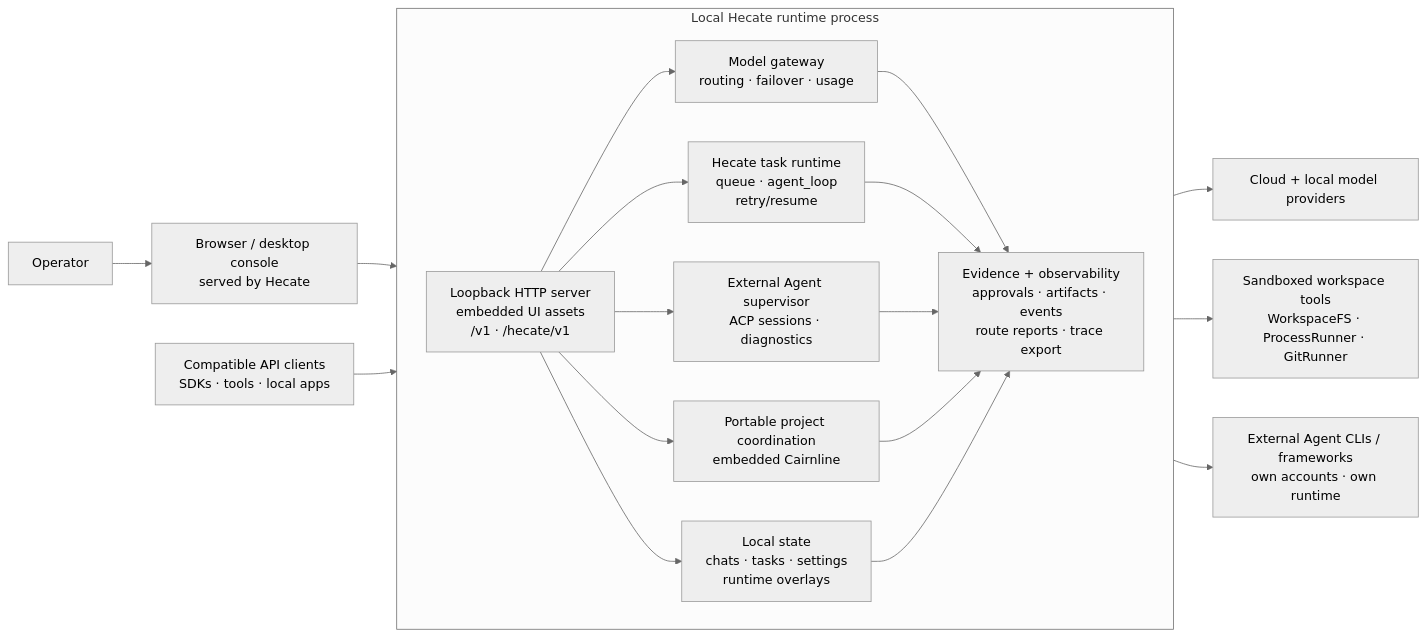
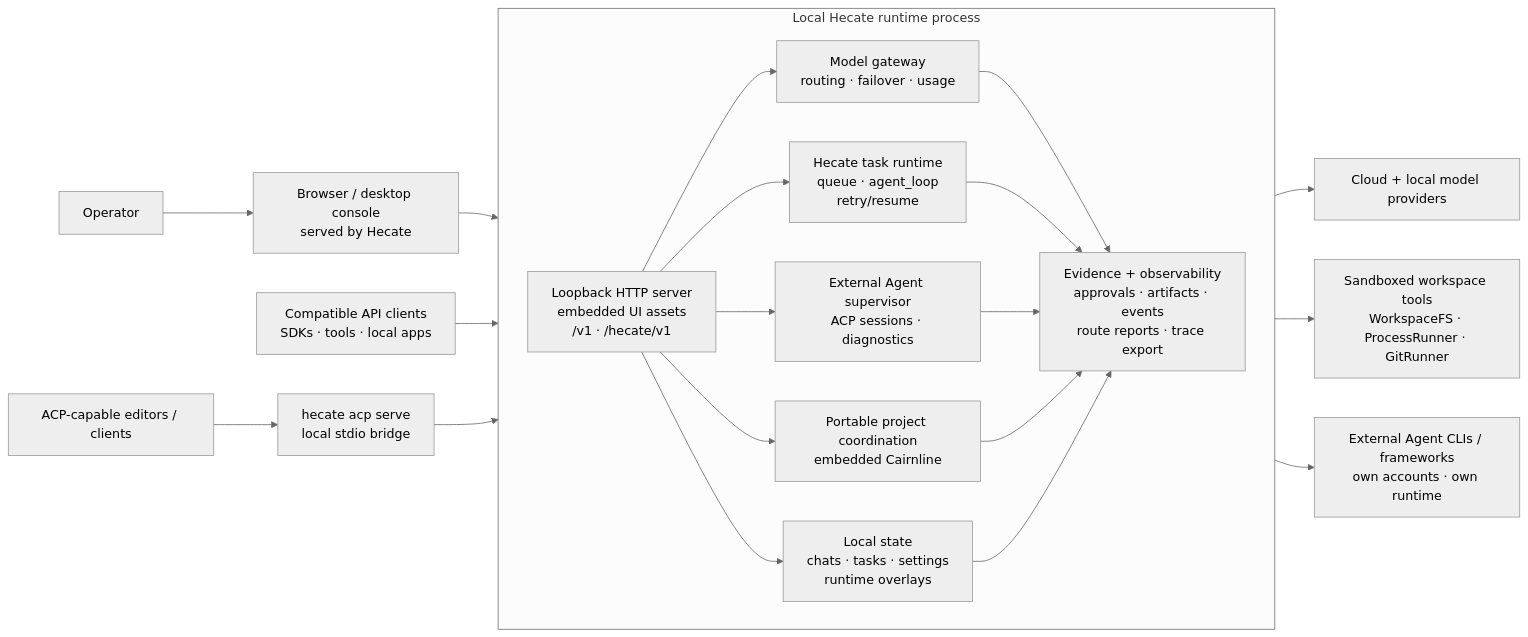
One commit to hecatehq/hecate changed the first of 2 diagrams in README.md. Above: the diagram before and after it, drawn with Mermaid (neutral theme). The commit also changed other lines of this file and 28 other files, not shown here.

Commit message:
feat(acp): serve Hecate as a local ACP agent

````diff
--- a/README.md
+++ b/README.md
@@ -129,37 +132,41 @@
 ```mermaid
 flowchart LR
     Operator["Operator"] --> Console["Browser / desktop console<br/>served by Hecate"]
     APIClients["Compatible API clients<br/>SDKs · tools · local apps"]
+    ACPClients["ACP-capable editors / clients"]
+    ACPBridge["hecate acp serve<br/>local stdio bridge"]
 
     subgraph HecateProcess["Local Hecate runtime process"]
         direction LR
         HTTP["Loopback HTTP server<br/>embedded UI assets<br/>/v1 · /hecate/v1"]
         Gateway["Model gateway<br/>routing · failover · usage"]
         TaskRuntime["Hecate task runtime<br/>queue · agent_loop<br/>retry/resume"]
         AgentSupervisor["External Agent supervisor<br/>ACP sessions · diagnostics"]
         State["Local state<br/>chats · tasks · settings<br/>runtime overlays"]
         Projects["Portable project coordination<br/>embedded Cairnline"]
         Evidence["Evidence + observability<br/>approvals · artifacts · events<br/>route reports · trace export"]
 
         HTTP --> Gateway
         HTTP --> TaskRuntime
         HTTP --> AgentSupervisor
         HTTP --> State
         HTTP --> Projects
         Gateway --> Evidence
         TaskRuntime --> Evidence
         AgentSupervisor --> Evidence
         Projects --> Evidence
         State --> Evidence
     end
 
     Providers["Cloud + local model providers"]
     Tools["Sandboxed workspace tools<br/>WorkspaceFS · ProcessRunner · GitRunner"]
     ExternalCLIs["External Agent CLIs / frameworks<br/>own accounts · own runtime"]
 
     Console --> HTTP
     APIClients --> HTTP
+    ACPClients --> ACPBridge
+    ACPBridge --> HTTP
     Gateway --> Providers
     TaskRuntime --> Tools
     AgentSupervisor --> ExternalCLIs
 ```
````
